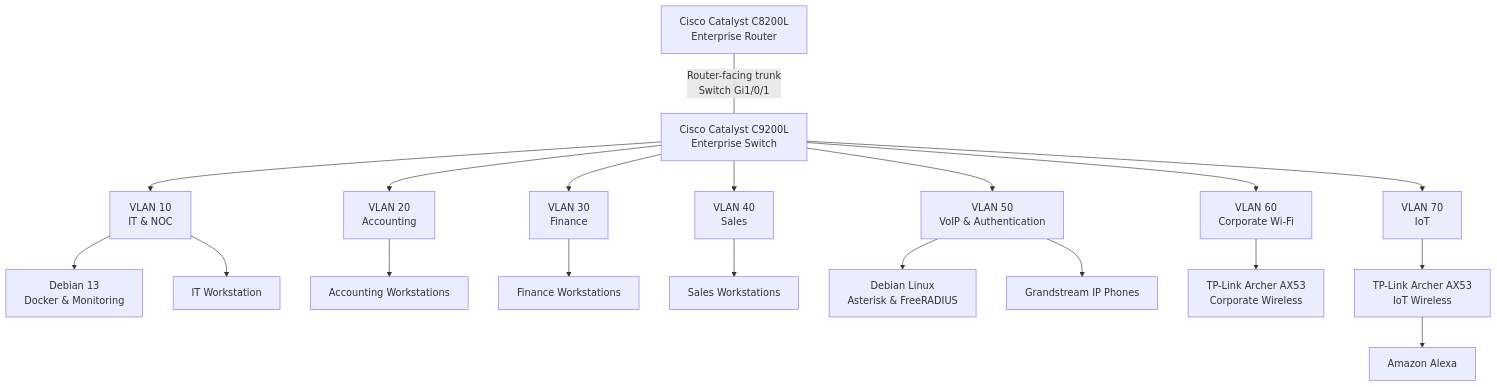
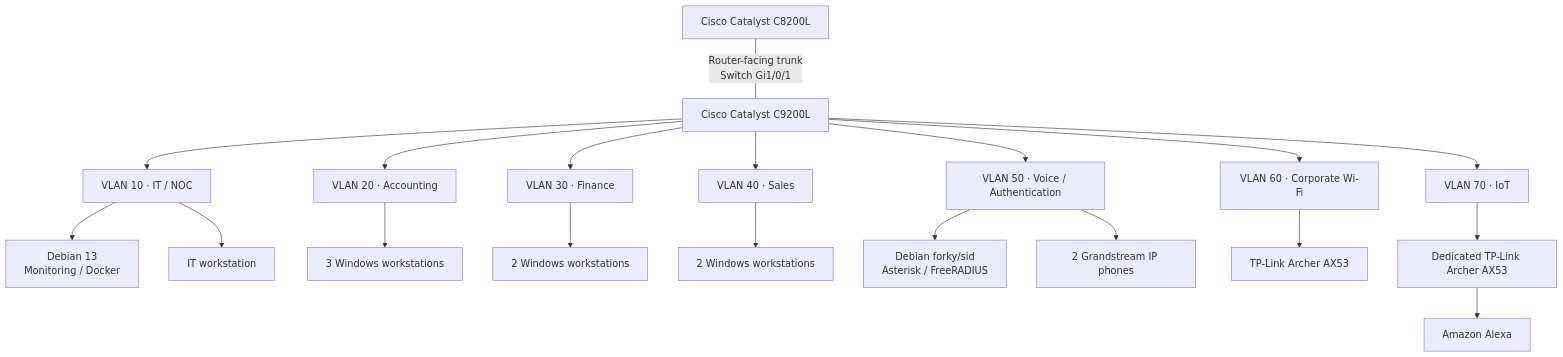
The diagram in docs/networking/consolidated-logical-topology.md (kayo-willian/enterprise-noc-from-scratch), drawn with Mermaid before and after one commit. The commit also changed other lines of this file and 15 other files, not shown here.

Commit message:
docs: consolidate network architecture and equipment records

````diff
--- a/docs/networking/consolidated-logical-topology.md
+++ b/docs/networking/consolidated-logical-topology.md
@@ -37,30 +11,23 @@
 ```mermaid
 flowchart TB
-    R["Cisco Catalyst C8200L<br/>Enterprise Router"]
-    SW["Cisco Catalyst C9200L<br/>Enterprise Switch"]
-
+    R["Cisco Catalyst C8200L"]
+    SW["Cisco Catalyst C9200L"]
     R ---|"Router-facing trunk<br/>Switch Gi1/0/1"| SW
-
-    SW --> V10["VLAN 10<br/>IT & NOC"]
-    SW --> V20["VLAN 20<br/>Accounting"]
-    SW --> V30["VLAN 30<br/>Finance"]
-    SW --> V40["VLAN 40<br/>Sales"]
-    SW --> V50["VLAN 50<br/>VoIP & Authentication"]
-    SW --> V60["VLAN 60<br/>Corporate Wi-Fi"]
-    SW --> V70["VLAN 70<br/>IoT"]
-
-    V10 --> NOC["Debian 13<br/>Docker & Monitoring"]
-    V10 --> IT["IT Workstation"]
-
-    V20 --> ACC["Accounting Workstations"]
-    V30 --> FIN["Finance Workstations"]
-    V40 --> SALES["Sales Workstations"]
-
-    V50 --> PBX["Debian Linux<br/>Asterisk & FreeRADIUS"]
-    V50 --> PHONES["Grandstream IP Phones"]
-
-    V60 --> WIFI["TP-Link Archer AX53<br/>Corporate Wireless"]
-
-    V70 --> IOT["TP-Link Archer AX53<br/>IoT Wireless"]
+    SW --> V10["VLAN 10 · IT / NOC"]
+    SW --> V20["VLAN 20 · Accounting"]
+    SW --> V30["VLAN 30 · Finance"]
+    SW --> V40["VLAN 40 · Sales"]
+    SW --> V50["VLAN 50 · Voice / Authentication"]
+    SW --> V60["VLAN 60 · Corporate Wi-Fi"]
+    SW --> V70["VLAN 70 · IoT"]
+    V10 --> NOC["Debian 13<br/>Monitoring / Docker"]
+    V10 --> IT["IT workstation"]
+    V20 --> ACC["3 Windows workstations"]
+    V30 --> FIN["2 Windows workstations"]
+    V40 --> SALES["2 Windows workstations"]
+    V50 --> PBX["Debian forky/sid<br/>Asterisk / FreeRADIUS"]
+    V50 --> PHONES["2 Grandstream IP phones"]
+    V60 --> WIFI["TP-Link Archer AX53"]
+    V70 --> IOT["Dedicated TP-Link Archer AX53"]
     IOT --> ALEXA["Amazon Alexa"]
 ```
````
